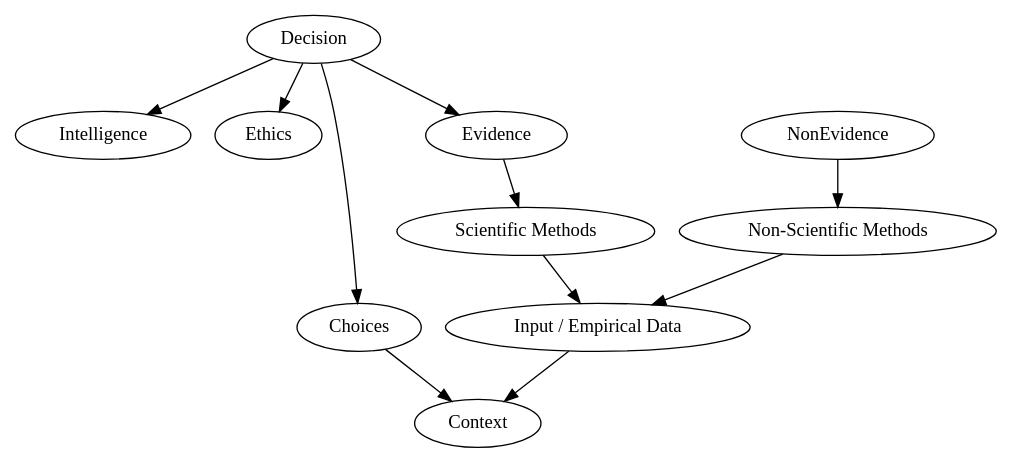
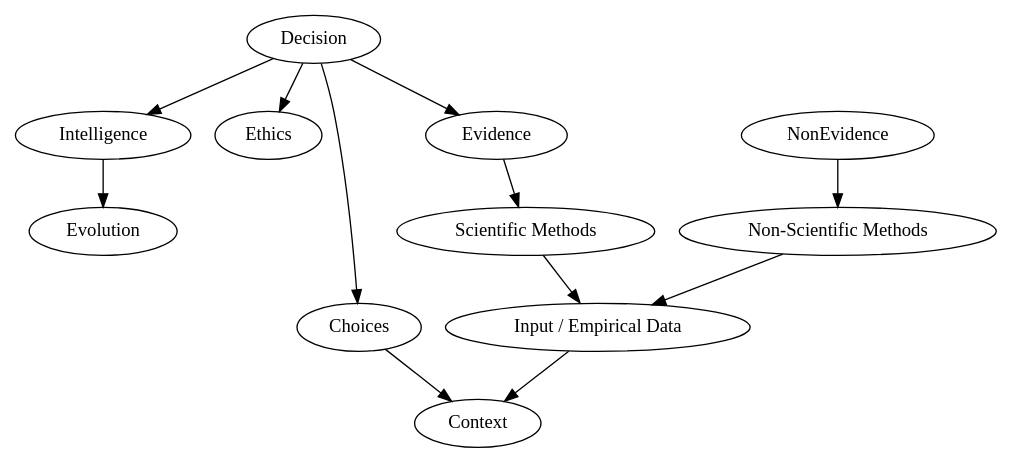
One commit to freeman42x/formalize-all-the-things changed the diagram in Concepts/Abstract.dot. Above: the diagram before and after it, drawn with Graphviz.

```diff
--- a/Concepts/Abstract.dot
+++ b/Concepts/Abstract.dot
@@ -1,68 +1,71 @@
 digraph G {
 
   /*
     TODO
     A weird concept related to freedom
     that humans think they can do
 
     Decision ties into Systems Theory concepts
     could use to more easily explain it
   */
   "Decision";
 
   /*
     Intelligence is a metric that measures the capability of an agent
     to make optimal decisions in relation to its goals
   */
   "Intelligence" [weight=1];
 
   /*
     Decision making constraint
     that optimizes for good (<- TODO) of systems of agents
   */
   "Ethics" [weight=1];
 
   // All possible decisions you could make in current context
   "Choices" [weight=1];
 
   "Input / Empirical Data";
 
   // Information that has no correlation with the context
   "NonEvidence" -> "Non-Scientific Methods";
 
   // Information that comes from context
   "Evidence" [weight=1];
 
   "Decision" -> "Intelligence";
 
   "Decision" -> "Ethics";
 
   "Decision" -> "Choices";
 
   "Decision" -> "Evidence";
 
   "Evidence" -> "Scientific Methods";
 
   "Scientific Methods" -> "Input / Empirical Data";
 
   "Non-Scientific Methods" -> "Input / Empirical Data";
 
+  // via Theory of Evolution
+  "Intelligence" -> "Evolution"
+
   /*
     TODO context needs to be abstracted away from the Laws of Physics
     -- the semantics need to function in any type of reality irregardless of physics
     -- senses - inputs (consciousness O.O)
     -- example contexts:
         - being somewhere in physical reality
         - virtual context - being an agent inside of a virtual world like a game
         - simulation context - we ourselves could be in a simulation
                             - mostly irrelevant for daily lives but fu -}
   {-  spacetime coordinate
       - 3D location
       - time             -}
   */
   "Context";
 
   "Choices" -> "Context";
 
   "Input / Empirical Data" -> "Context";
 }
```
